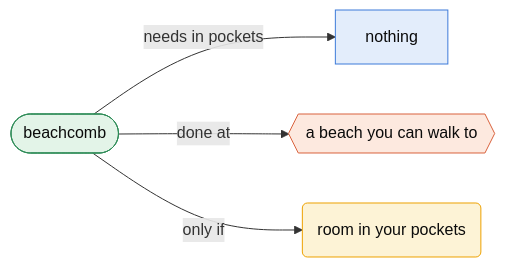
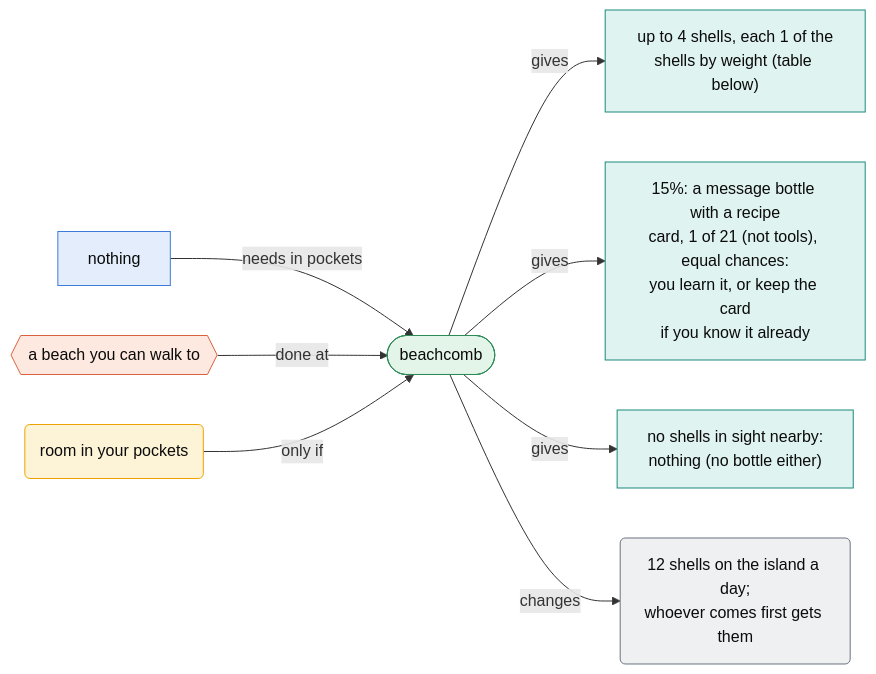
The eighth of 41 diagrams in docs/actions.md (harjonillo/multiagent-island), drawn with Mermaid before and after one commit. The commit also changed other lines of this file and 9 other files, not shown here.

````diff
--- a/docs/actions.md
+++ b/docs/actions.md
@@ -201,15 +370,24 @@
 ```mermaid
 flowchart LR
     classDef act fill:#e3f4e8,stroke:#2e8b57,color:#0b0b0b
     classDef item fill:#e3edfb,stroke:#3d7bd9,color:#0b0b0b
     classDef place fill:#fde9df,stroke:#d9623d,color:#0b0b0b
     classDef cond fill:#fdf3d6,stroke:#eda100,color:#0b0b0b
+    classDef gain fill:#dff3f1,stroke:#1a8a7d,color:#0b0b0b
+    classDef spend fill:#fbe3e8,stroke:#c0396b,color:#0b0b0b
+    classDef change fill:#eef0f2,stroke:#6b7280,color:#0b0b0b
     A(["beachcomb"])
-    A -- "needs in pockets" --> I0["nothing"]
-    A -- "done at" --> P0{{"a beach you can walk to"}}
-    A -- "only if" --> C0("room in your pockets")
+    It0["nothing"] -- "needs in pockets" --> A
+    Pl0{{"a beach you can walk to"}} -- "done at" --> A
+    Co0("room in your pockets") -- "only if" --> A
+    A -- "gives" --> Ga0["up to 4 shells, each 1 of the<br/>shells by weight (table below)"]
+    A -- "gives" --> Ga1["15%: a message bottle with a recipe<br/>card, 1 of 21 (not tools), equal chances:<br/>you learn it, or keep the card<br/>if you know it already"]
+    A -- "gives" --> Ga2["no shells in sight nearby:<br/>nothing (no bottle either)"]
+    A -- "changes" --> Ch0("12 shells on the island a day;<br/>whoever comes first gets them")
     class A act
-    class I0 item
-    class P0 place
-    class C0 cond
+    class It0 item
+    class Pl0 place
+    class Co0 cond
+    class Ga0,Ga1,Ga2 gain
+    class Ch0 change
 ```
````
